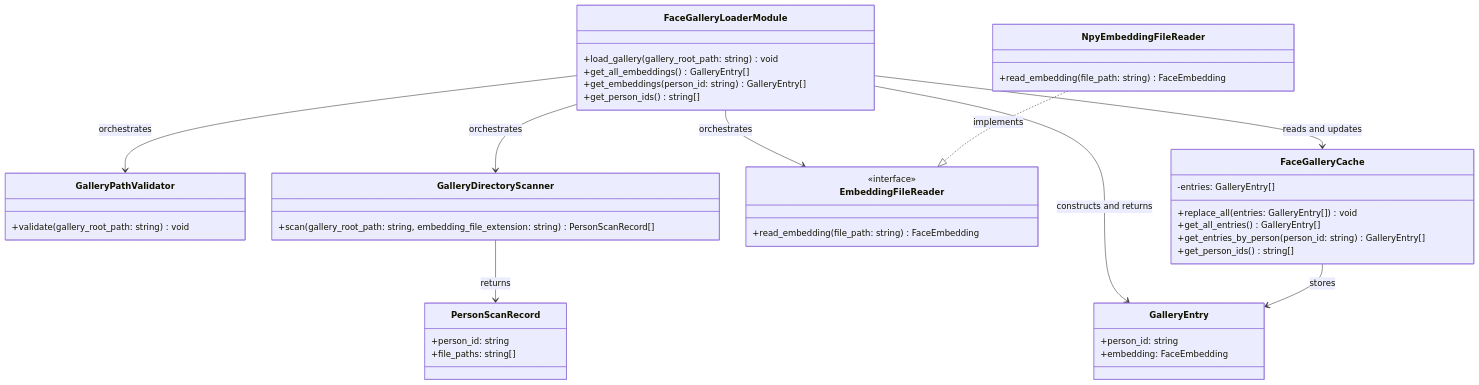
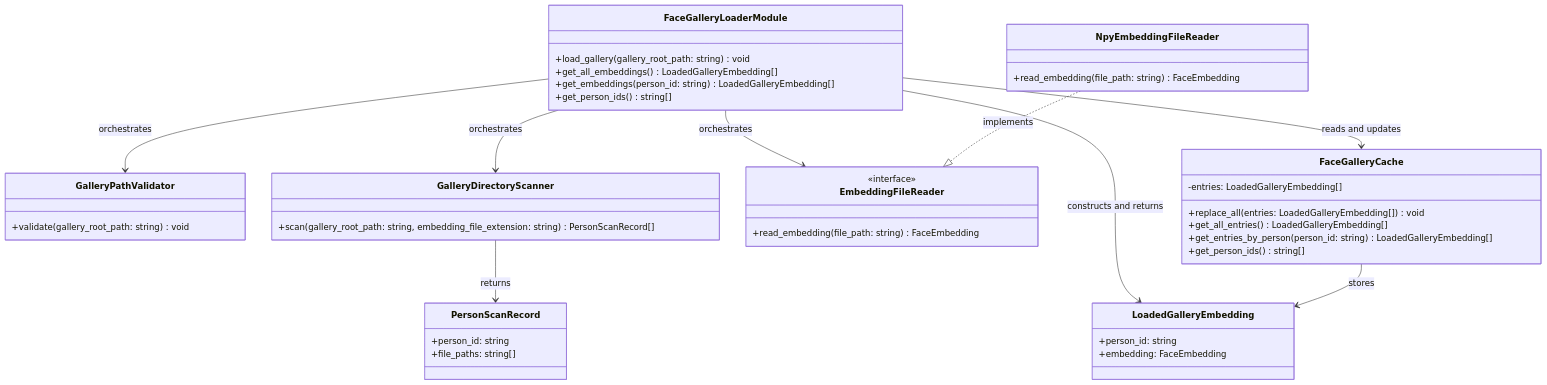
One commit to talifruman/camera-recognition changed the first of 3 diagrams in doc/image_processing_service/face_gallery_loader.md. Above: the diagram before and after it, drawn with Mermaid. The commit also changed other lines of this file and 203 other files, not shown here.

````diff
--- a/doc/image_processing_service/face_gallery_loader.md
+++ b/doc/image_processing_service/face_gallery_loader.md
@@ -392,53 +409,53 @@
 ```mermaid
 classDiagram
     class FaceGalleryLoaderModule {
         +load_gallery(gallery_root_path: string) void
-        +get_all_embeddings() GalleryEntry[]
-        +get_embeddings(person_id: string) GalleryEntry[]
+        +get_all_embeddings() LoadedGalleryEmbedding[]
+        +get_embeddings(person_id: string) LoadedGalleryEmbedding[]
         +get_person_ids() string[]
     }
 
     class GalleryPathValidator {
         +validate(gallery_root_path: string) void
     }
 
     class GalleryDirectoryScanner {
         +scan(gallery_root_path: string, embedding_file_extension: string) PersonScanRecord[]
     }
 
     class EmbeddingFileReader {
         <<interface>>
         +read_embedding(file_path: string) FaceEmbedding
     }
 
     class NpyEmbeddingFileReader {
         +read_embedding(file_path: string) FaceEmbedding
     }
 
     class FaceGalleryCache {
-        -entries: GalleryEntry[]
-        +replace_all(entries: GalleryEntry[]) void
-        +get_all_entries() GalleryEntry[]
-        +get_entries_by_person(person_id: string) GalleryEntry[]
+        -entries: LoadedGalleryEmbedding[]
+        +replace_all(entries: LoadedGalleryEmbedding[]) void
+        +get_all_entries() LoadedGalleryEmbedding[]
+        +get_entries_by_person(person_id: string) LoadedGalleryEmbedding[]
         +get_person_ids() string[]
     }
 
-    class GalleryEntry {
+    class LoadedGalleryEmbedding {
         +person_id: string
         +embedding: FaceEmbedding
     }
 
     class PersonScanRecord {
         +person_id: string
         +file_paths: string[]
     }
 
     FaceGalleryLoaderModule --> GalleryPathValidator : orchestrates
     FaceGalleryLoaderModule --> GalleryDirectoryScanner : orchestrates
     FaceGalleryLoaderModule --> EmbeddingFileReader : orchestrates
     FaceGalleryLoaderModule --> FaceGalleryCache : reads and updates
     NpyEmbeddingFileReader ..|> EmbeddingFileReader : implements
-    FaceGalleryLoaderModule --> GalleryEntry : constructs and returns
-    FaceGalleryCache --> GalleryEntry : stores
+    FaceGalleryLoaderModule --> LoadedGalleryEmbedding : constructs and returns
+    FaceGalleryCache --> LoadedGalleryEmbedding : stores
     GalleryDirectoryScanner --> PersonScanRecord : returns
 ```
````
